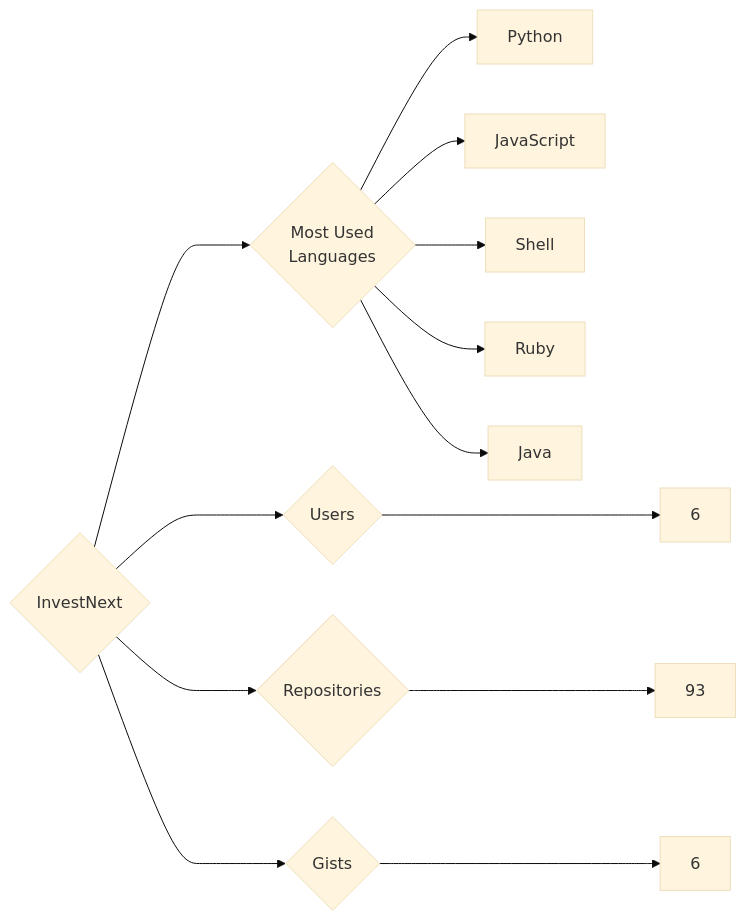
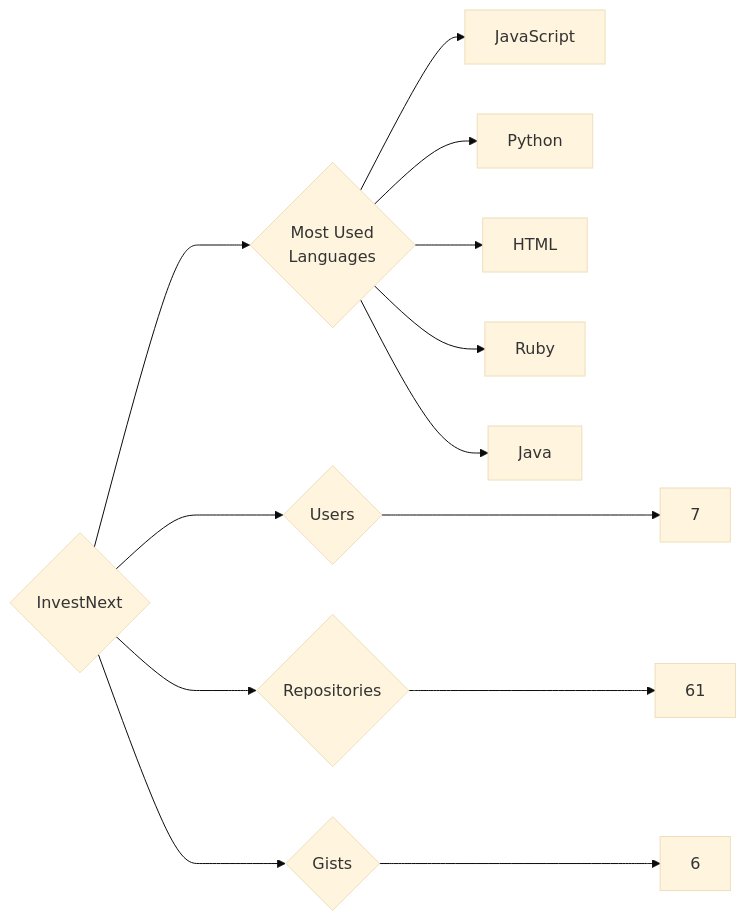
Before and after one commit to trickest/insiders: the diagram in targets/InvestNext/README.md, drawn with Mermaid (base theme). The commit also changed 1195 other files, not shown here.

````diff
--- a/targets/InvestNext/README.md
+++ b/targets/InvestNext/README.md
@@ -3,13 +3,13 @@
 ```mermaid
 graph LR
 COMPANY_NAME{InvestNext}
-COMPANY_NAME ---> U{Users} ---> UN[6]
-COMPANY_NAME ---> R{Repositories} ---> RN[93]
+COMPANY_NAME ---> U{Users} ---> UN[7]
+COMPANY_NAME ---> R{Repositories} ---> RN[61]
 COMPANY_NAME ---> G{Gists} ---> GN[6]
 COMPANY_NAME ---> ML{Most Used<br>Languages}
+ML --> JavaScript[JavaScript]
 ML --> Python[Python]
-ML --> JavaScript[JavaScript]
-ML --> Shell[Shell]
+ML --> HTML[HTML]
 ML --> Ruby[Ruby]
 ML --> Java[Java]
 ```
````
